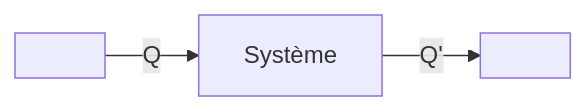
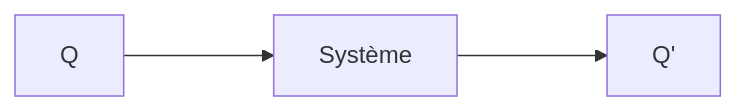
The diagram in cours/modules/R320/R320.md (Keobook/import-cours-but-rt), drawn with Mermaid before and after one commit.

Commit message:
Update R320 class

````diff
--- a/cours/modules/R320/R320.md
+++ b/cours/modules/R320/R320.md
@@ -66,8 +66,7 @@
        ```mermaid
 
        flowchart LR
 
-       T[ ] -- Q --> S[Système]
-       S -- Q' --> T2[ ]
-
+       T[Q] ---> S[Système]
+       S ---> T2[Q']
        ```
````
